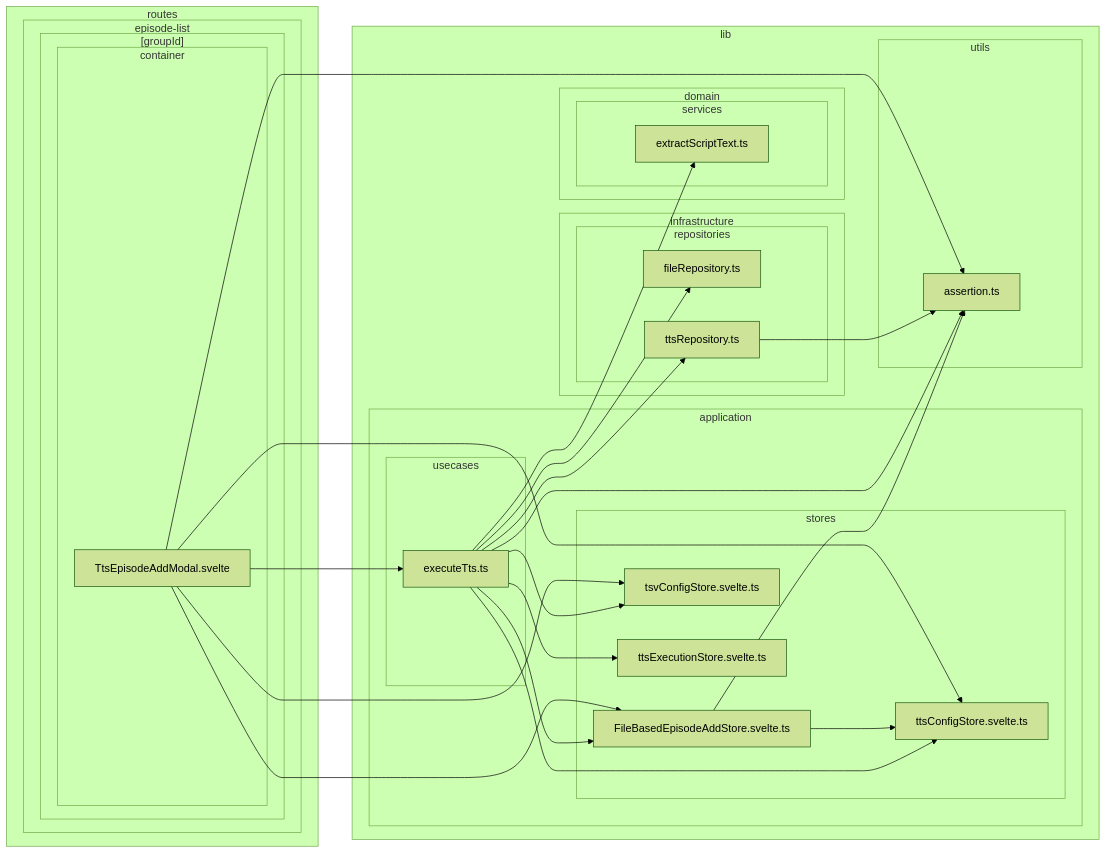
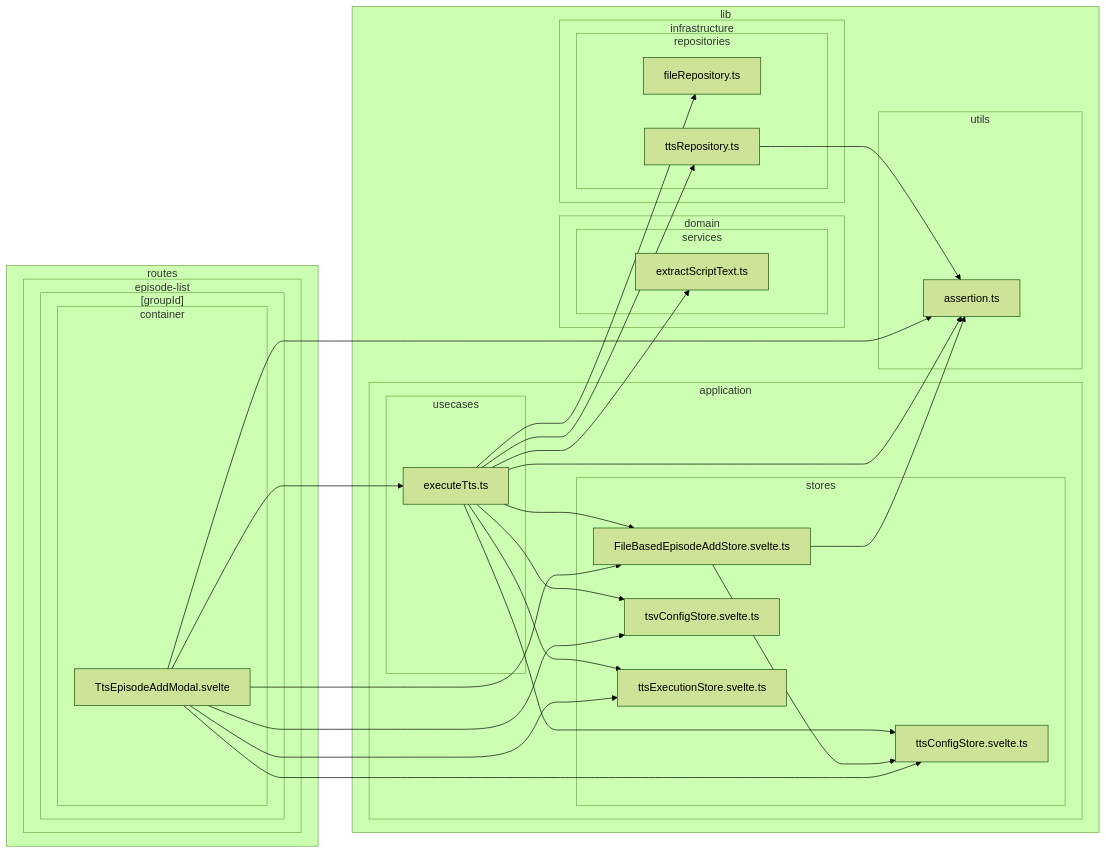
Before and after one commit to k5n/kotonoha: diagram 13 of 38 in doc/dependency-graph.md, drawn with Mermaid (forest theme). The commit also changed other lines of this file and 3 other files, not shown here.

Commit message:
refactor: Integrate TTS execution and model download modals into the presentational directory

````diff
--- a/doc/dependency-graph.md
+++ b/doc/dependency-graph.md
@@ -585,55 +585,56 @@
 ```mermaid
 graph LR
         subgraph sg_lib ["lib"]
             subgraph sg_lib_application ["application"]
                 subgraph sg_lib_application_stores ["stores"]
                     src_lib_application_stores_FileBasedEpisodeAddStore_svelte_ts["FileBasedEpisodeAddStore.svelte.ts"]
                     src_lib_application_stores_tsvConfigStore_svelte_ts["tsvConfigStore.svelte.ts"]
                     src_lib_application_stores_ttsConfigStore_svelte_ts["ttsConfigStore.svelte.ts"]
                     src_lib_application_stores_ttsExecutionStore_svelte_ts["ttsExecutionStore.svelte.ts"]
                 end
                 subgraph sg_lib_application_usecases ["usecases"]
                     src_lib_application_usecases_executeTts_ts["executeTts.ts"]
                 end
             end
             subgraph sg_lib_domain ["domain"]
                 subgraph sg_lib_domain_services ["services"]
                     src_lib_domain_services_extractScriptText_ts["extractScriptText.ts"]
                 end
             end
             subgraph sg_lib_infrastructure ["infrastructure"]
                 subgraph sg_lib_infrastructure_repositories ["repositories"]
                     src_lib_infrastructure_repositories_fileRepository_ts["fileRepository.ts"]
                     src_lib_infrastructure_repositories_ttsRepository_ts["ttsRepository.ts"]
                 end
             end
             subgraph sg_lib_utils ["utils"]
                 src_lib_utils_assertion_ts["assertion.ts"]
             end
         end
         subgraph sg_routes ["routes"]
             subgraph sg_routes_episode_list ["episode-list"]
                 subgraph sg_routes_episode_list__groupId_ ["[groupId]"]
                     subgraph sg_routes_episode_list__groupId__container ["container"]
                         src_routes_episode_list__groupId__container_TtsEpisodeAddModal_svelte["TtsEpisodeAddModal.svelte"]
                     end
                 end
             end
         end
     src_lib_application_usecases_executeTts_ts --> src_lib_application_stores_FileBasedEpisodeAddStore_svelte_ts
     src_lib_application_usecases_executeTts_ts --> src_lib_application_stores_tsvConfigStore_svelte_ts
     src_lib_application_usecases_executeTts_ts --> src_lib_application_stores_ttsConfigStore_svelte_ts
     src_lib_application_usecases_executeTts_ts --> src_lib_application_stores_ttsExecutionStore_svelte_ts
     src_lib_application_usecases_executeTts_ts --> src_lib_domain_services_extractScriptText_ts
     src_lib_application_usecases_executeTts_ts --> src_lib_infrastructure_repositories_fileRepository_ts
     src_lib_application_usecases_executeTts_ts --> src_lib_infrastructure_repositories_ttsRepository_ts
     src_lib_application_usecases_executeTts_ts --> src_lib_utils_assertion_ts
     src_lib_application_stores_FileBasedEpisodeAddStore_svelte_ts --> src_lib_application_stores_ttsConfigStore_svelte_ts
     src_lib_application_stores_FileBasedEpisodeAddStore_svelte_ts --> src_lib_utils_assertion_ts
     src_lib_infrastructure_repositories_ttsRepository_ts --> src_lib_utils_assertion_ts
     src_routes_episode_list__groupId__container_TtsEpisodeAddModal_svelte --> src_lib_application_stores_FileBasedEpisodeAddStore_svelte_ts
     src_routes_episode_list__groupId__container_TtsEpisodeAddModal_svelte --> src_lib_application_stores_tsvConfigStore_svelte_ts
     src_routes_episode_list__groupId__container_TtsEpisodeAddModal_svelte --> src_lib_application_stores_ttsConfigStore_svelte_ts
+    src_routes_episode_list__groupId__container_TtsEpisodeAddModal_svelte --> src_lib_application_stores_ttsExecutionStore_svelte_ts
     src_routes_episode_list__groupId__container_TtsEpisodeAddModal_svelte --> src_lib_application_usecases_executeTts_ts
     src_routes_episode_list__groupId__container_TtsEpisodeAddModal_svelte --> src_lib_utils_assertion_ts
 ```
````
